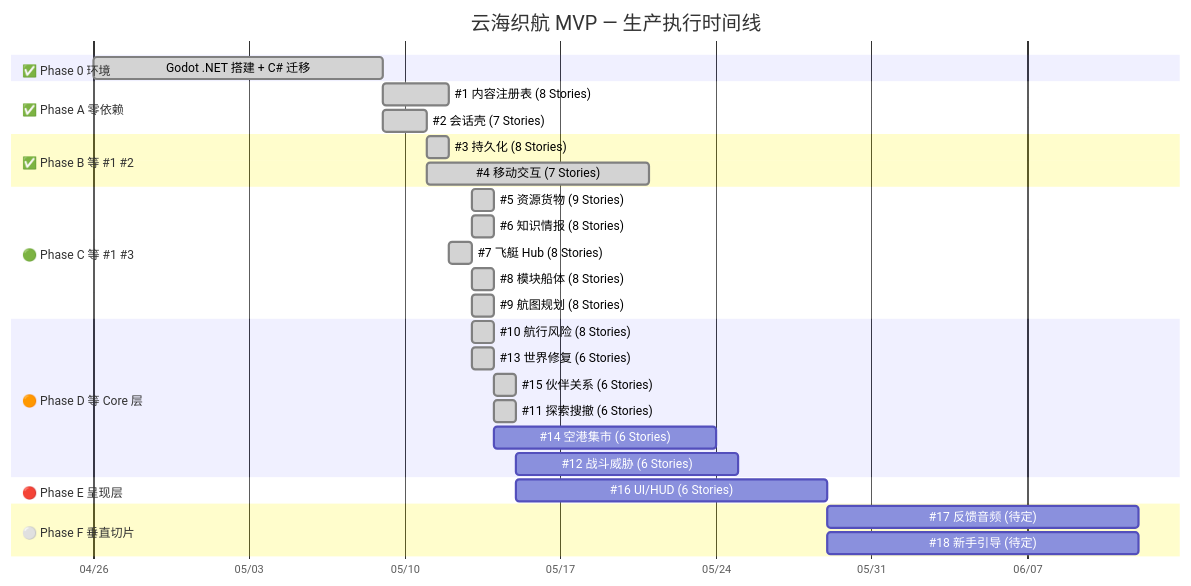
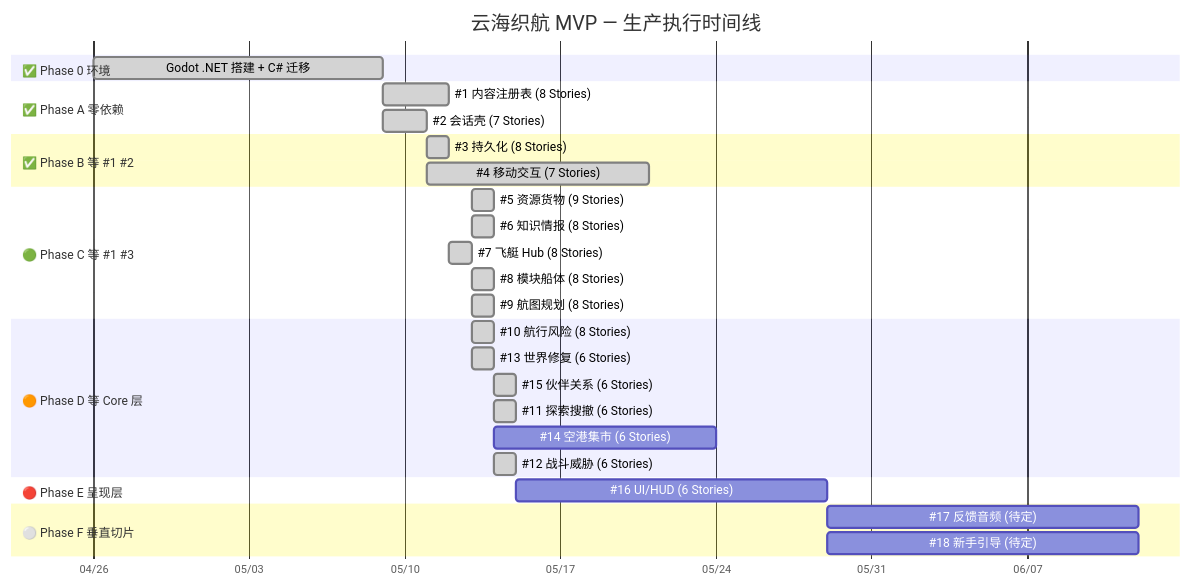
Before and after one commit to lieinsay/Claude-Code-Game-Studios: the first of 3 diagrams in docs/reference/production-flowchart.md, drawn with Mermaid. The commit also changed other lines of this file and 11 other files, not shown here.

````diff
--- a/docs/reference/production-flowchart.md
+++ b/docs/reference/production-flowchart.md
@@ -13,39 +13,39 @@
 ```mermaid
 gantt
     title 云海织航 MVP — 生产执行时间线
     dateFormat YYYY-MM-DD
     axisFormat %m/%d
 
     section ✅ Phase 0 环境
     Godot .NET 搭建 + C# 迁移   :done,    p0, 2026-04-26, 2026-05-09
 
     section ✅ Phase A 零依赖
     #1 内容注册表 (8 Stories)    :done,    p1a, 2026-05-09, 2026-05-12
     #2 会话壳     (7 Stories)    :done,    p1b, 2026-05-09, 2026-05-11
 
     section ✅ Phase B 等 #1 #2
     #3 持久化     (8 Stories)    :done,    p2a, 2026-05-11, 2026-05-12
     #4 移动交互   (7 Stories)    :done,    p2b, after p1b, 10d
 
     section 🟢 Phase C 等 #1 #3
     #5 资源货物   (9 Stories)    :done,    p3a, 2026-05-13, 1d
     #6 知识情报   (8 Stories)    :done,    p3b, 2026-05-13, 1d
     #7 飞艇 Hub   (8 Stories)    :done,    p3c, 2026-05-12, 1d
     #8 模块船体   (8 Stories)    :done,    p3d, 2026-05-13, 1d
     #9 航图规划   (8 Stories)    :done,    p3e, 2026-05-13, 1d
 
     section 🟠 Phase D 等 Core 层
     #10 航行风险  (8 Stories)    :done,    p4a, 2026-05-13, 1d
     #13 世界修复  (6 Stories)    :done,    p4b, 2026-05-13, 1d
     #15 伙伴关系  (6 Stories)    :done,    p4c, 2026-05-14, 1d
     #11 探索搜撤  (6 Stories)    :done,    p4d, 2026-05-14, 1d
     #14 空港集市  (6 Stories)    :         p4e, after p4b, 10d
-    #12 战斗威胁  (6 Stories)    :         p4f, after p4d, 10d
+    #12 战斗威胁  (6 Stories)    :done,    p4f, 2026-05-14, 1d
 
     section 🔴 Phase E 呈现层
     #16 UI/HUD    (6 Stories)    :         p5a, after p4d, 14d
 
     section ⚪ Phase F 垂直切片
     #17 反馈音频  (待定)         :         p6a, after p5a, 14d
     #18 新手引导  (待定)         :         p6b, after p5a, 14d
 ```
````
